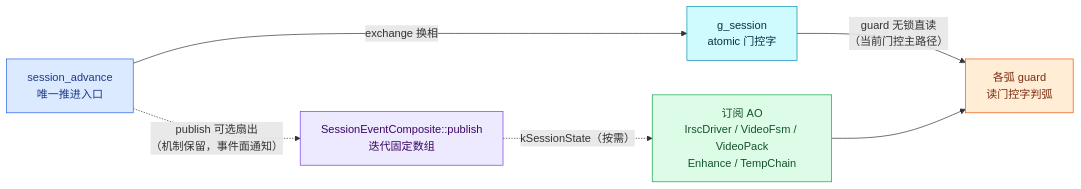
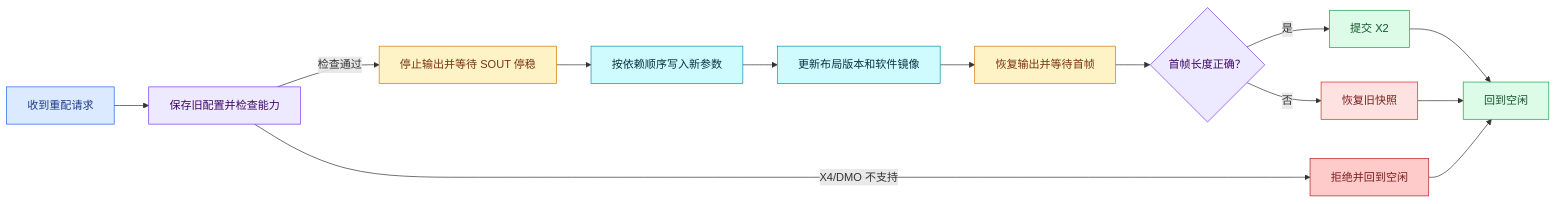
Before and after one commit to DeguiLiu/coact: the third of 6 diagrams in docs/example_ISP_pipeline_design_architecture_zh.md, drawn with Mermaid. The commit also changed other lines of this file and 8 other files, not shown here.

````diff
--- a/docs/example_ISP_pipeline_design_architecture_zh.md
+++ b/docs/example_ISP_pipeline_design_architecture_zh.md
@@ -400,13 +81,22 @@
 ```mermaid
 flowchart LR
-    ADV["session_advance<br/>唯一推进入口"]:::src -->|"exchange 换相"| SS["g_session<br/>atomic 门控字"]:::gate
-    SS -->|"guard 无锁直读<br/>（当前门控主路径）"| G2["各弧 guard<br/>读门控字判弧"]:::guard
-    ADV -.->|"publish 可选扇出<br/>（机制保留，事件面通知）"| PUB["SessionEventComposite::publish<br/>迭代固定数组"]:::comp
-    PUB -.->|"kSessionState（按需）"| L1["订阅 AO<br/>IrscDriver / VideoFsm / VideoPack<br/>Enhance / TempChain"]:::leaf
-    L1 --> G2
-    classDef src fill:#dbeafe,stroke:#2563eb,color:#1e3a8a
-    classDef gate fill:#cffafe,stroke:#0891b2,color:#083344
-    classDef comp fill:#ede9fe,stroke:#7c3aed,color:#3b0764
-    classDef leaf fill:#dcfce7,stroke:#16a34a,color:#14532d
-    classDef guard fill:#ffedd5,stroke:#ea580c,color:#7c2d12
+    A["收到重配请求"]:::request --> B["保存旧配置并检查能力"]:::check
+    B -->|"X4/DMO 不支持"| Z["拒绝并回到空闲"]:::reject
+    B -->|"检查通过"| C["停止输出并等待 SOUT 停稳"]:::wait
+    C --> D["按依赖顺序写入新参数"]:::apply
+    D --> E["更新布局版本和软件镜像"]:::apply
+    E --> F["恢复输出并等待首帧"]:::wait
+    F --> G{"首帧长度正确？"}:::check
+    G -->|"是"| H["提交 X2"]:::commit
+    G -->|"否"| I["恢复旧快照"]:::rollback
+    H --> J["回到空闲"]:::commit
+    I --> J
+    Z --> J
+    classDef request fill:#dbeafe,stroke:#2563eb,color:#1e3a8a
+    classDef check fill:#ede9fe,stroke:#7c3aed,color:#3b0764
+    classDef wait fill:#fef3c7,stroke:#d97706,color:#78350f
+    classDef apply fill:#cffafe,stroke:#0891b2,color:#083344
+    classDef commit fill:#dcfce7,stroke:#16a34a,color:#14532d
+    classDef rollback fill:#fee2e2,stroke:#dc2626,color:#7f1d1d
+    classDef reject fill:#fecaca,stroke:#b91c1c,color:#7f1d1d
 ```
````
